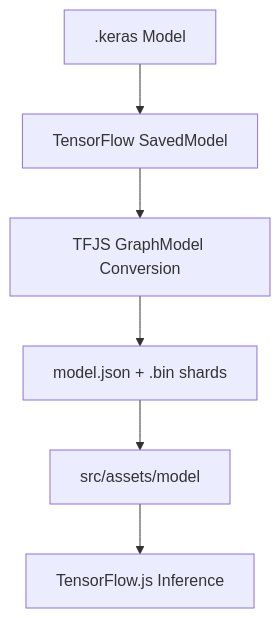
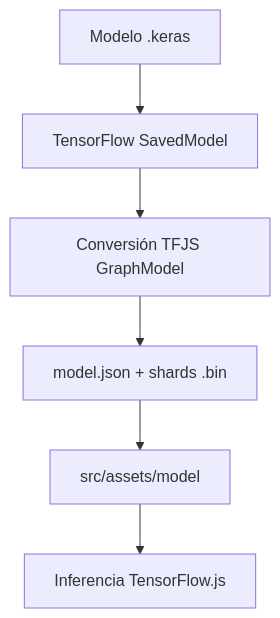
The first of 3 diagrams in README.md (lasozaco/bird_scope), drawn with Mermaid before and after one commit. The commit also changed other lines of this file, not shown here.

````diff
--- a/README.md
+++ b/README.md
@@ -159,9 +159,9 @@
 ```mermaid
 graph TD;
 
-A[.keras Model] --> B[TensorFlow SavedModel]
-B --> C[TFJS GraphModel Conversion]
-C --> D[model.json + .bin shards]
+A[Modelo .keras] --> B[TensorFlow SavedModel]
+B --> C[Conversión TFJS GraphModel]
+C --> D[model.json + shards .bin]
 D --> E[src/assets/model]
-E --> F[TensorFlow.js Inference]
+E --> F[Inferencia TensorFlow.js]
 ```
````
